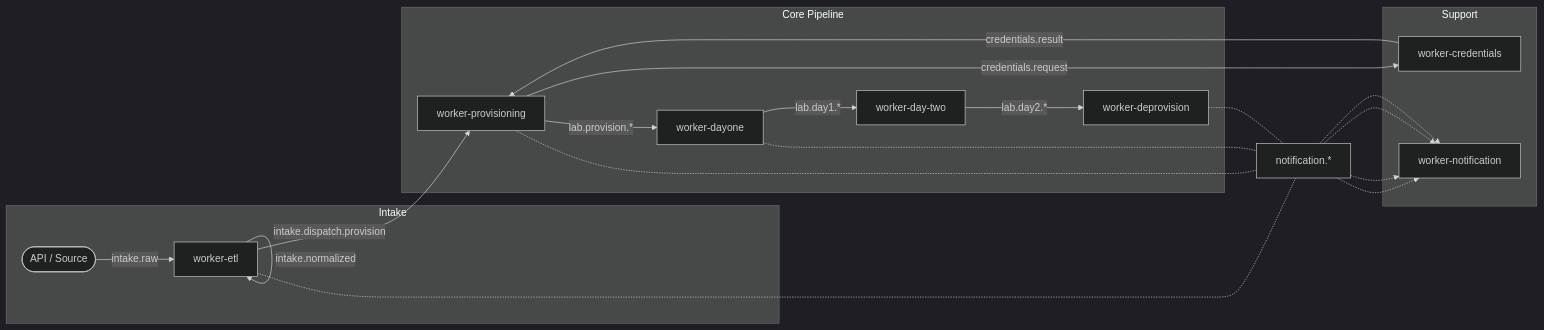
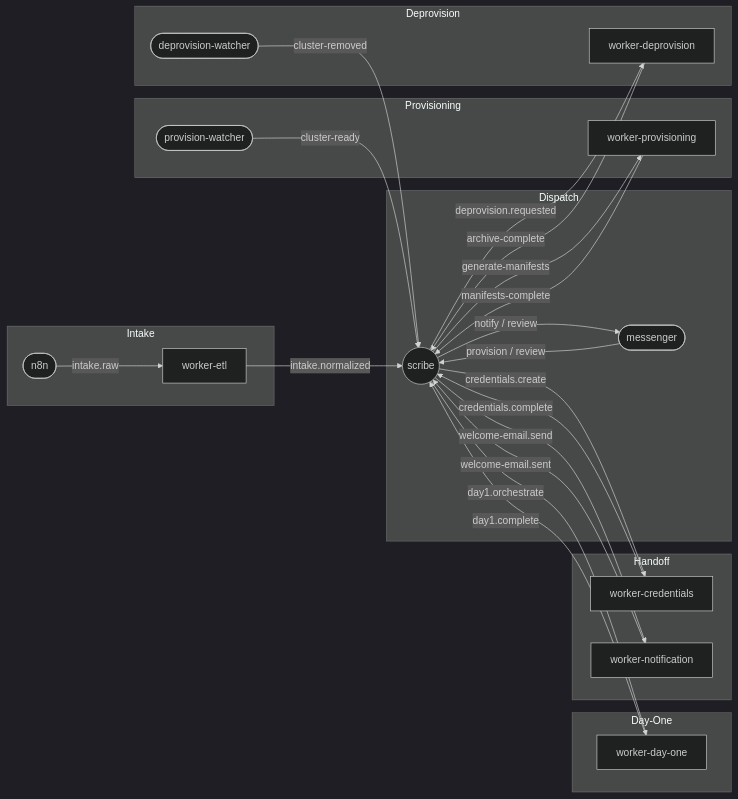
One commit to redhat-openshift-partner-labs/workers changed the first of 3 diagrams in README.md. Above: the diagram before and after it, drawn with Mermaid (dark theme). The commit also changed other lines of this file, not shown here.

Commit message:
docs: update README with scribe-centric message flow
- Update message flow diagram to show scribe as central hub
- Add n8n, messenger, watchers to the diagram
- Rename dayone to day-one throughout
- Fix commons dependency references (provisioning uses commons-python)
- Add architecture.md to documentation index
- Update sparse checkout examples

````diff
--- a/README.md
+++ b/README.md
@@ -94,34 +94,37 @@
 ```mermaid
 flowchart LR
     subgraph Intake
-        API([API / Source])
-        ETL[worker-etl]
+        N8N([n8n]) -- intake.raw --> ETL[worker-etl]
     end
 
-    subgraph Core Pipeline
-        PROV[worker-provisioning]
-        D1[worker-dayone]
-        D2[worker-day-two]
-        DEPROV[worker-deprovision]
+    ETL -- intake.normalized --> SCRIBE((scribe))
+
+    subgraph Dispatch
+        SCRIBE -- notify / review --> MSGR([messenger])
+        MSGR -- provision / review --> SCRIBE
     end
 
-    subgraph Support
-        CRED[worker-credentials]
-        NOTIF[worker-notification]
+    subgraph Provisioning
+        SCRIBE -- generate-manifests --> PROV[worker-provisioning]
+        PROV -- manifests-complete --> SCRIBE
+        PW([provision-watcher]) -- cluster-ready --> SCRIBE
     end
 
-    API -- intake.raw --> ETL
-    ETL -- intake.normalized --> ETL
-    ETL -- intake.dispatch.provision --> PROV
-    PROV -- lab.provision.* --> D1
-    D1 -- lab.day1.* --> D2
-    D2 -- lab.day2.* --> DEPROV
+    subgraph Day-One
+        SCRIBE -- day1.orchestrate --> D1[worker-day-one]
+        D1 -- day1.complete --> SCRIBE
+    end
 
-    PROV -- credentials.request --> CRED
-    CRED -- credentials.result --> PROV
+    subgraph Handoff
+        SCRIBE -- credentials.create --> CRED[worker-credentials]
+        CRED -- credentials.complete --> SCRIBE
+        SCRIBE -- welcome-email.send --> NOTIF[worker-notification]
+        NOTIF -- welcome-email.sent --> SCRIBE
+    end
 
-    ETL-.- notification.* -.-> NOTIF
-    PROV-.- notification.* -.-> NOTIF
-    D1-.- notification.* -.-> NOTIF
-    DEPROV-.- notification.* -.-> NOTIF
+    subgraph Deprovision
+        SCRIBE -- deprovision.requested --> DEPROV[worker-deprovision]
+        DEPROV -- archive-complete --> SCRIBE
+        DW([deprovision-watcher]) -- cluster-removed --> SCRIBE
+    end
 ```
````
